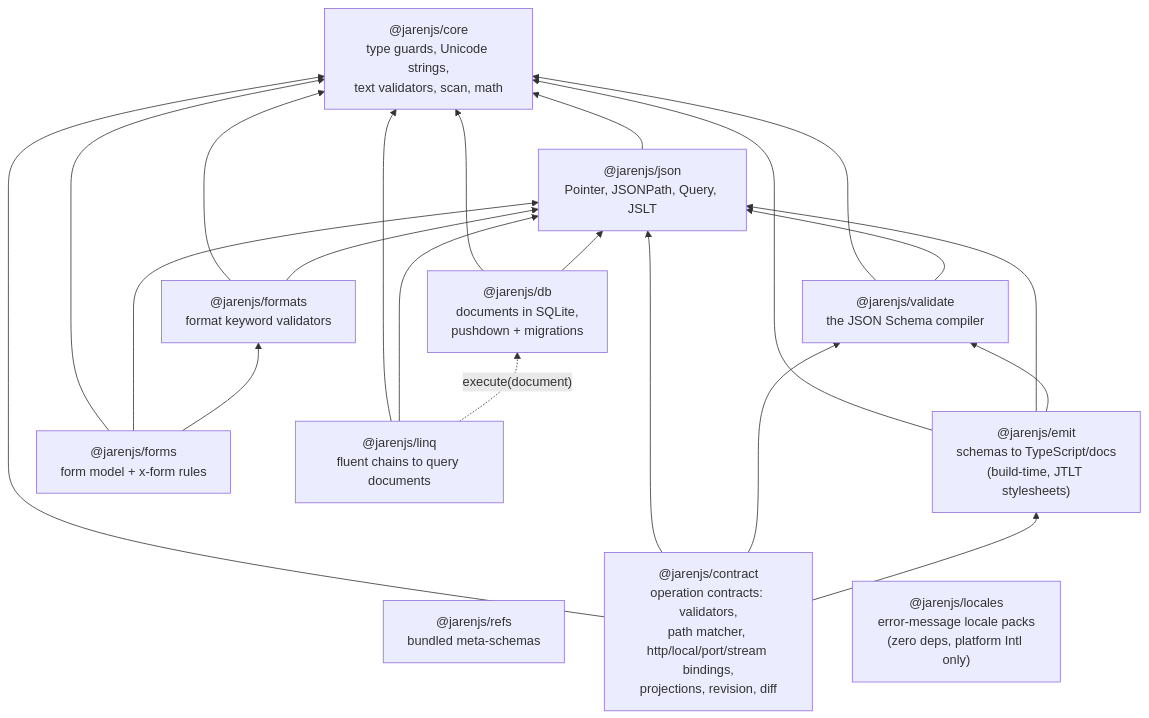
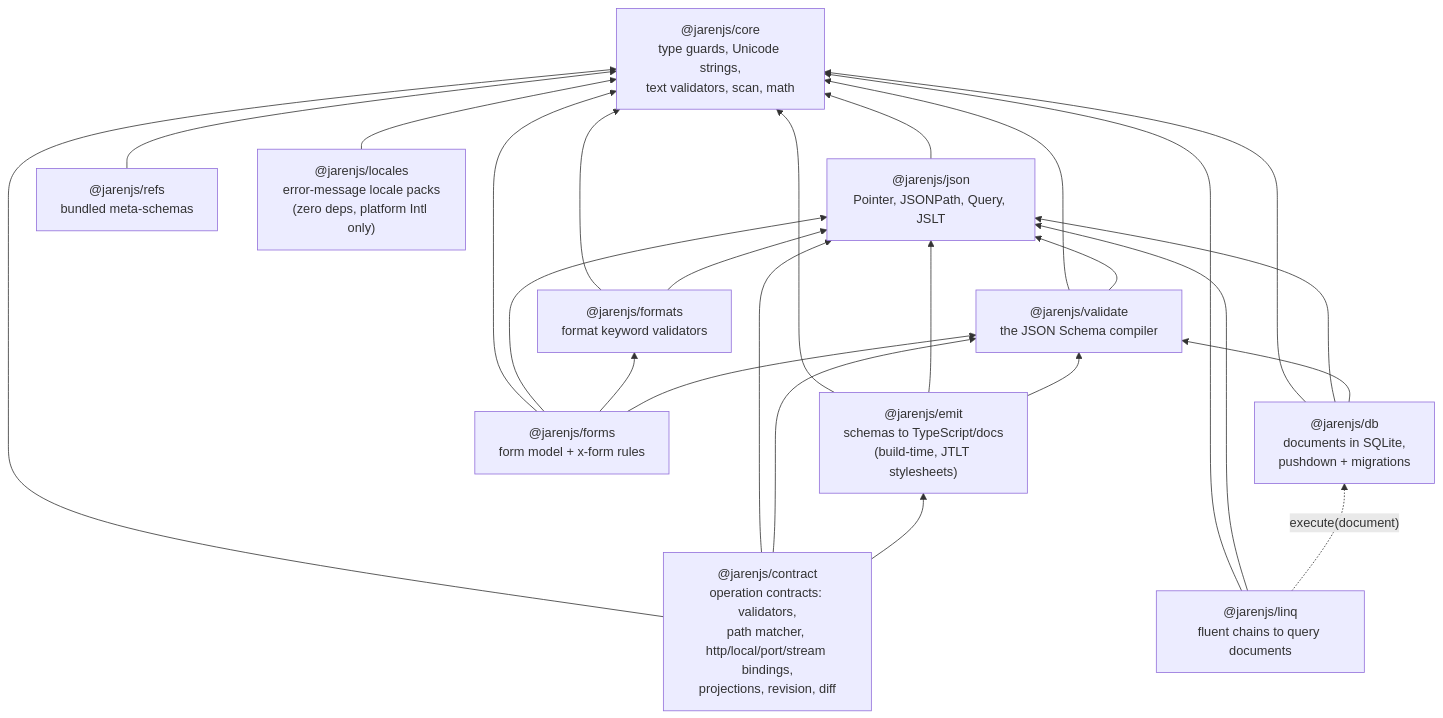
Before and after one commit to jklarenbeek/jarenjs: the first of 2 diagrams in docs/ARCHITECTURE.md, drawn with Mermaid. The commit also changed other lines of this file and 87 other files, not shown here.

````diff
--- a/docs/ARCHITECTURE.md
+++ b/docs/ARCHITECTURE.md
@@ -40,35 +40,39 @@
 ```mermaid
 flowchart BT
     CORE["@jarenjs/core<br/>type guards, Unicode strings,<br/>text validators, scan, math"]
     JSON["@jarenjs/json<br/>Pointer, JSONPath, Query, JSLT"]
     VALIDATE["@jarenjs/validate<br/>the JSON Schema compiler"]
     FORMATS["@jarenjs/formats<br/>format keyword validators"]
     REFS["@jarenjs/refs<br/>bundled meta-schemas"]
     EMIT["@jarenjs/emit<br/>schemas to TypeScript/docs<br/>(build-time, JTLT stylesheets)"]
     CONTRACT["@jarenjs/contract<br/>operation contracts: validators,<br/>path matcher, http/local/port/stream bindings,<br/>projections, revision, diff"]
     FORMS["@jarenjs/forms<br/>form model + x-form rules"]
     LOCALES["@jarenjs/locales<br/>error-message locale packs<br/>(zero deps, platform Intl only)"]
     LINQ["@jarenjs/linq<br/>fluent chains to query documents"]
     DB["@jarenjs/db<br/>documents in SQLite,<br/>pushdown + migrations"]
 
     JSON --> CORE
     VALIDATE --> CORE
     VALIDATE --> JSON
     FORMATS --> CORE
     FORMATS --> JSON
     EMIT --> CORE
     EMIT --> JSON
     EMIT --> VALIDATE
     CONTRACT --> CORE
     CONTRACT --> JSON
     CONTRACT --> VALIDATE
     CONTRACT --> EMIT
     FORMS --> CORE
     FORMS --> JSON
     FORMS --> FORMATS
+    FORMS --> VALIDATE
+    LOCALES --> CORE
+    REFS --> CORE
     LINQ --> CORE
     LINQ --> JSON
     DB --> CORE
     DB --> JSON
+    DB --> VALIDATE
     LINQ -. "execute(document)" .-> DB
 ```
````
